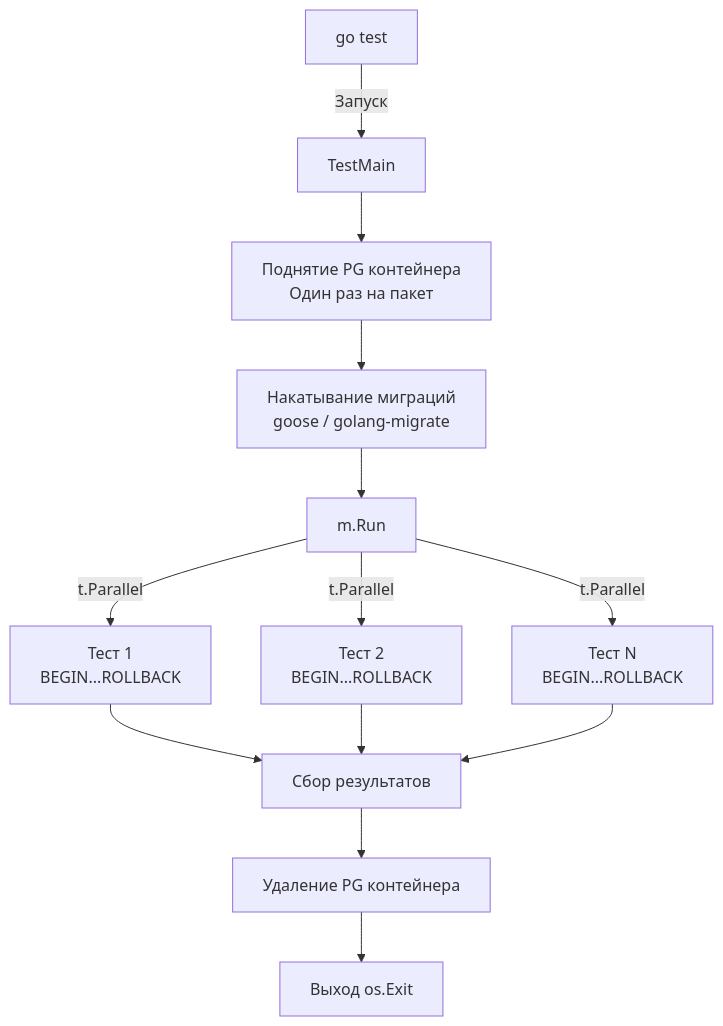
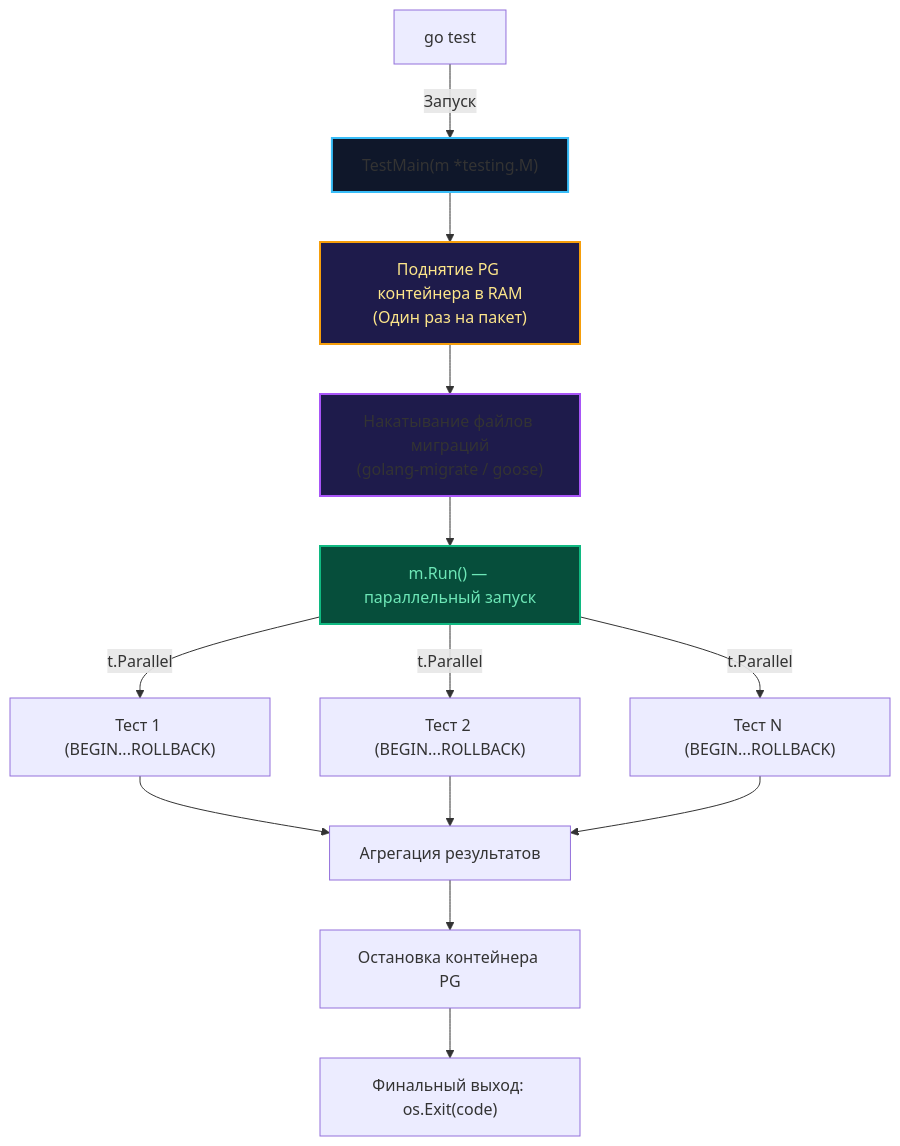
One commit to UnrealTemplier/go-textbook changed the diagram in sources/15. Тестирование в Go (QA & Testing)/05. Интеграционные тесты/5. Поднятие PostgreSQL в тестах.md. Above: the diagram before and after it, drawn with Mermaid. The commit also changed other lines of this file, not shown here.

Commit message:
feat(module-15): editorial rewrite of lecture 5 (Поднятие PostgreSQL в тестах) in Subsection 5 in Kernighan style

````diff
--- a/sources/15. Тестирование в Go (QA & Testing)/05. Интеграционные тесты/5. Поднятие PostgreSQL в тестах.md
+++ b/sources/15. Тестирование в Go (QA & Testing)/05. Интеграционные тесты/5. Поднятие PostgreSQL в тестах.md
@@ -88,18 +100,23 @@
 ```mermaid
 flowchart TD
-    A["go test"] -->|Запуск| B["TestMain"]
-    B --> C["Поднятие PG контейнера<br>Один раз на пакет"]
-    C --> D["Накатывание миграций<br>goose / golang-migrate"]
-    D --> E["m.Run"]
+    A["go test"] -->|Запуск| B["TestMain(m *testing.M)"]
+    B --> C["Поднятие PG контейнера в RAM<br/>(Один раз на пакет)"]
+    C --> D["Накатывание файлов миграций<br/>(golang-migrate / goose)"]
+    D --> E["m.Run() — параллельный запуск"]
     
-    E -->|t.Parallel| F["Тест 1<br>BEGIN...ROLLBACK"]
-    E -->|t.Parallel| G["Тест 2<br>BEGIN...ROLLBACK"]
-    E -->|t.Parallel| H["Тест N<br>BEGIN...ROLLBACK"]
+    E -->|t.Parallel| F["Тест 1 (BEGIN...ROLLBACK)"]
+    E -->|t.Parallel| G["Тест 2 (BEGIN...ROLLBACK)"]
+    E -->|t.Parallel| H["Тест N (BEGIN...ROLLBACK)"]
     
-    F --> I["Сбор результатов"]
+    F --> I["Агрегация результатов"]
     G --> I
     H --> I
     
-    I --> J["Удаление PG контейнера"]
-    J --> K["Выход os.Exit"]
+    I --> J["Остановка контейнера PG"]
+    J --> K["Финальный выход: os.Exit(code)"]
+    
+    style B fill:#0f172a,stroke:#38bdf8,stroke-width:2px
+    style C fill:#1e1b4b,stroke:#f59e0b,stroke-width:2px,color:#fde68a
+    style D fill:#1e1b4b,stroke:#a855f7,stroke-width:2px
+    style E fill:#064e3b,stroke:#10b981,stroke-width:2px,color:#6ee7b7
 ```
````
